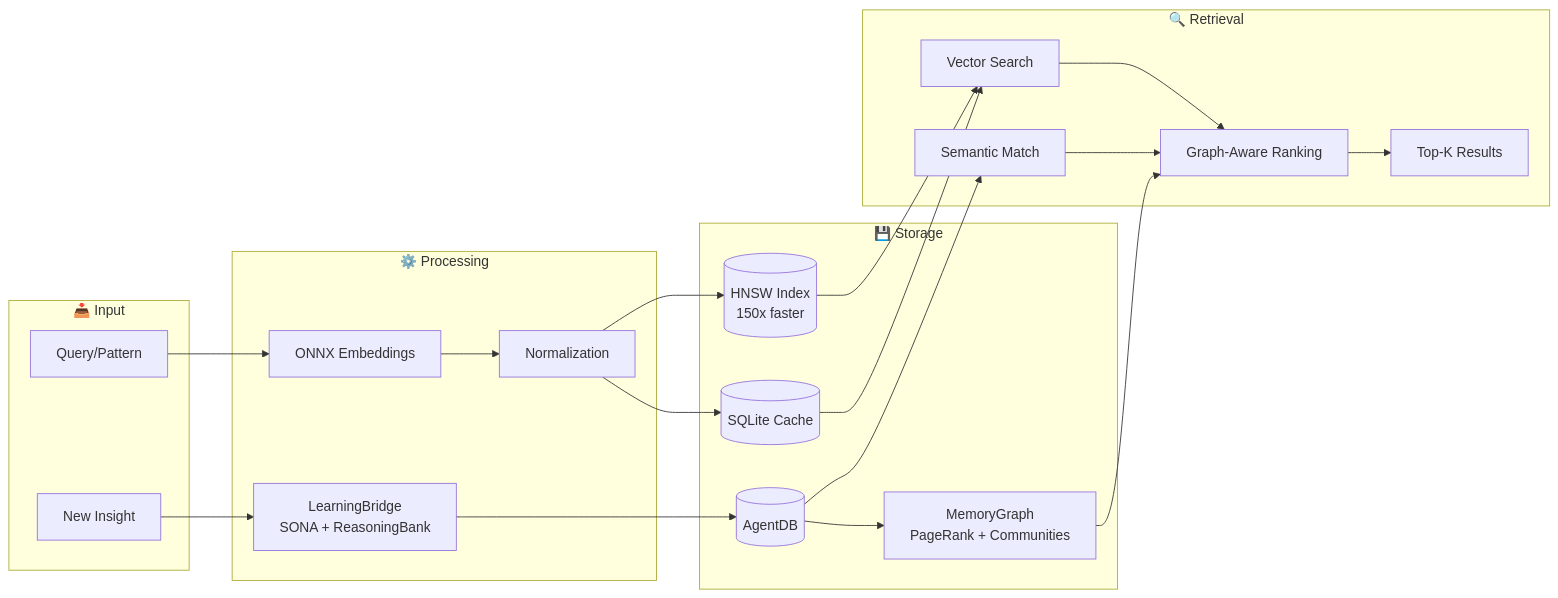
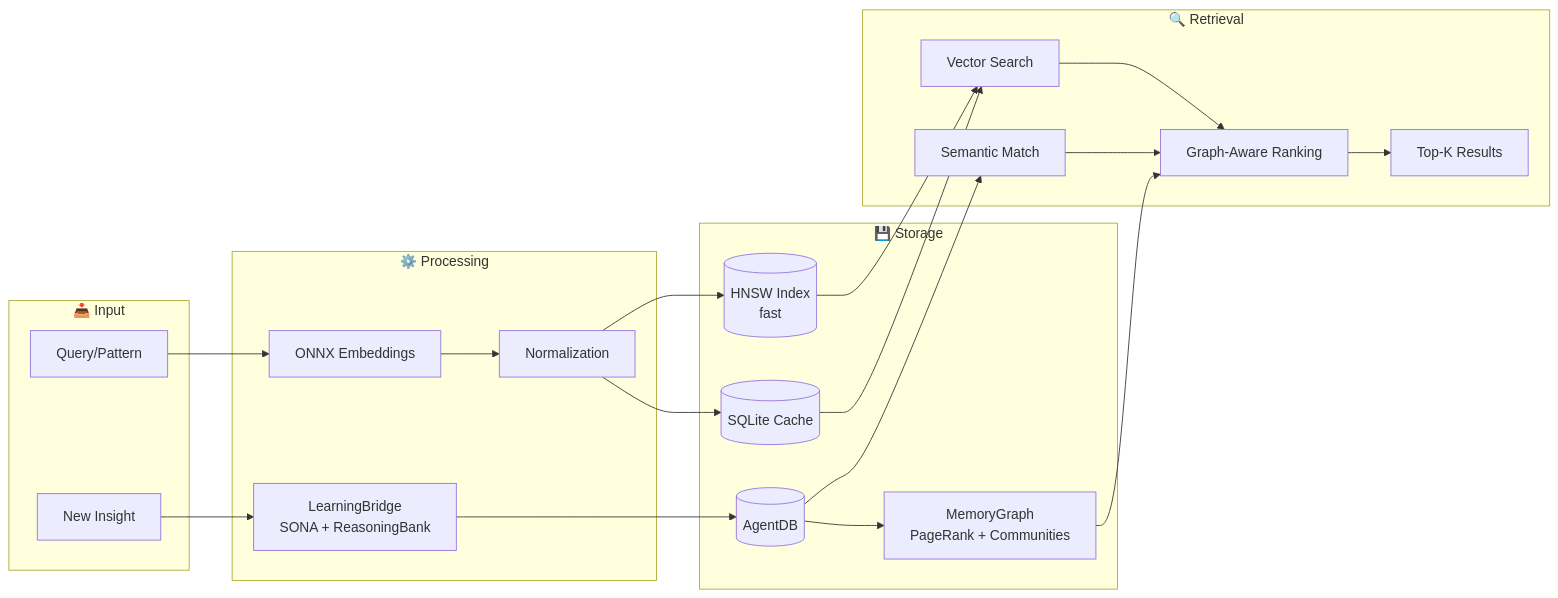
One commit to hypnwtykvmpr/hive-flow changed the fourth of 6 diagrams in v3/@hive-flow/cli/README.md. Above: the diagram before and after it, drawn with Mermaid. The commit also changed other lines of this file and 219 other files, not shown here.

````diff
--- a/v3/@hive-flow/cli/README.md
+++ b/v3/@hive-flow/cli/README.md
@@ -962,42 +962,42 @@
 ```mermaid
 flowchart LR
     subgraph Input["📥 Input"]
         Query[Query/Pattern]
         Insight[New Insight]
     end
 
     subgraph Processing["⚙️ Processing"]
         Embed[ONNX Embeddings]
         Normalize[Normalization]
         Learn[LearningBridge<br/>SONA + ReasoningBank]
     end
 
     subgraph Storage["💾 Storage"]
-        HNSW[(HNSW Index<br/>150x faster)]
+        HNSW[(HNSW Index<br/>fast)]
         SQLite[(SQLite Cache)]
         AgentDB[(AgentDB)]
         Graph[MemoryGraph<br/>PageRank + Communities]
     end
 
     subgraph Retrieval["🔍 Retrieval"]
         Vector[Vector Search]
         Semantic[Semantic Match]
         Rank[Graph-Aware Ranking]
         Results[Top-K Results]
     end
 
     Query --> Embed
     Embed --> Normalize
     Normalize --> HNSW
     Normalize --> SQLite
     Insight --> Learn
     Learn --> AgentDB
     AgentDB --> Graph
     HNSW --> Vector
     SQLite --> Vector
     AgentDB --> Semantic
     Vector --> Rank
     Semantic --> Rank
     Graph --> Rank
     Rank --> Results
 ```
````
